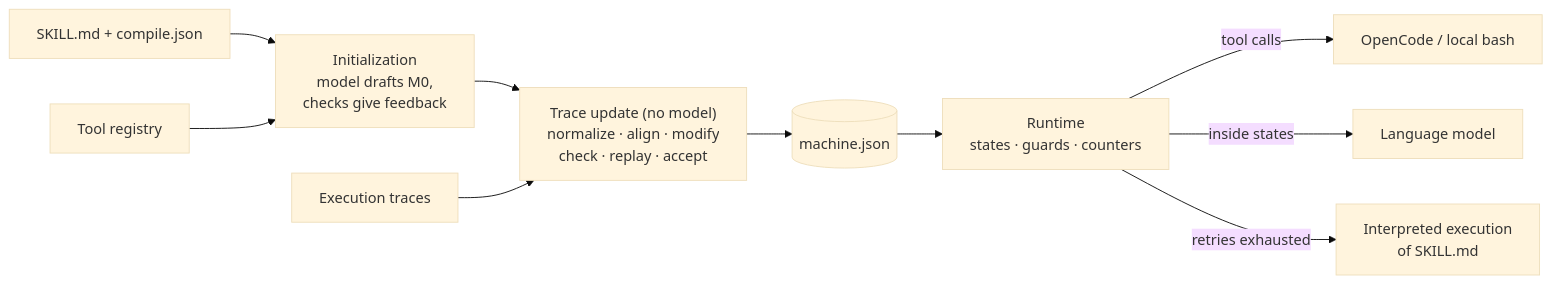
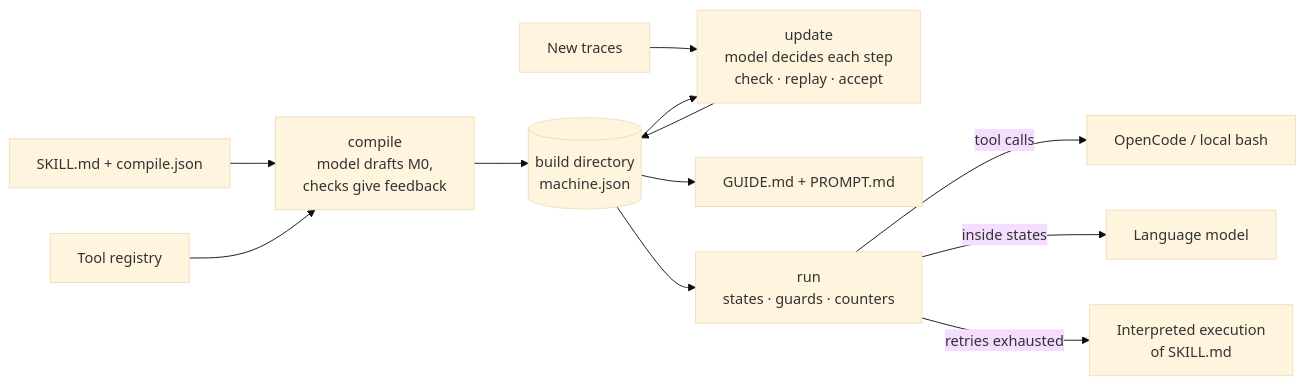
The diagram in README.md (Worldbuilder013/HEXIS), drawn with Mermaid (base theme) before and after one commit. The commit also changed other lines of this file and 113 other files, not shown here.

````diff
--- a/README.md
+++ b/README.md
@@ -52,12 +54,13 @@
 ```mermaid
 flowchart LR
-    doc["SKILL.md + compile.json"] --> init["Initialization<br/>model drafts M0,<br/>checks give feedback"]
-    reg["Tool registry"] --> init
-    init --> upd["Trace update (no model)<br/>normalize · align · modify<br/>check · replay · accept"]
-    traces["Execution traces"] --> upd
-    upd --> machine[("machine.json")]
-    machine --> run["Runtime<br/>states · guards · counters"]
+    doc["SKILL.md + compile.json"] --> compile["compile<br/>model drafts M0,<br/>checks give feedback"]
+    reg["Tool registry"] --> compile
+    compile --> build[("build directory<br/>machine.json")]
+    traces["New traces"] --> update["update<br/>model decides each step<br/>check · replay · accept"]
+    build --> update --> build
+    build --> guide["GUIDE.md + PROMPT.md"]
+    build --> run["run<br/>states · guards · counters"]
     run -- "tool calls" --> tools["OpenCode / local bash"]
     run -- "inside states" --> llm["Language model"]
     run -- "retries exhausted" --> interp["Interpreted execution<br/>of SKILL.md"]
 ```
````
